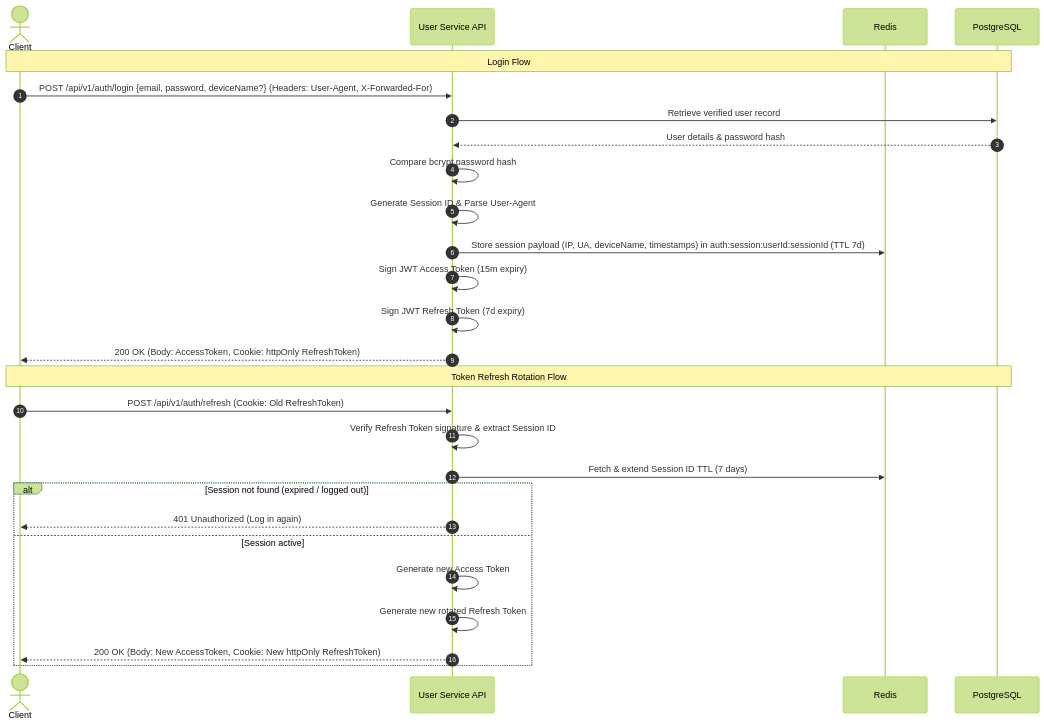
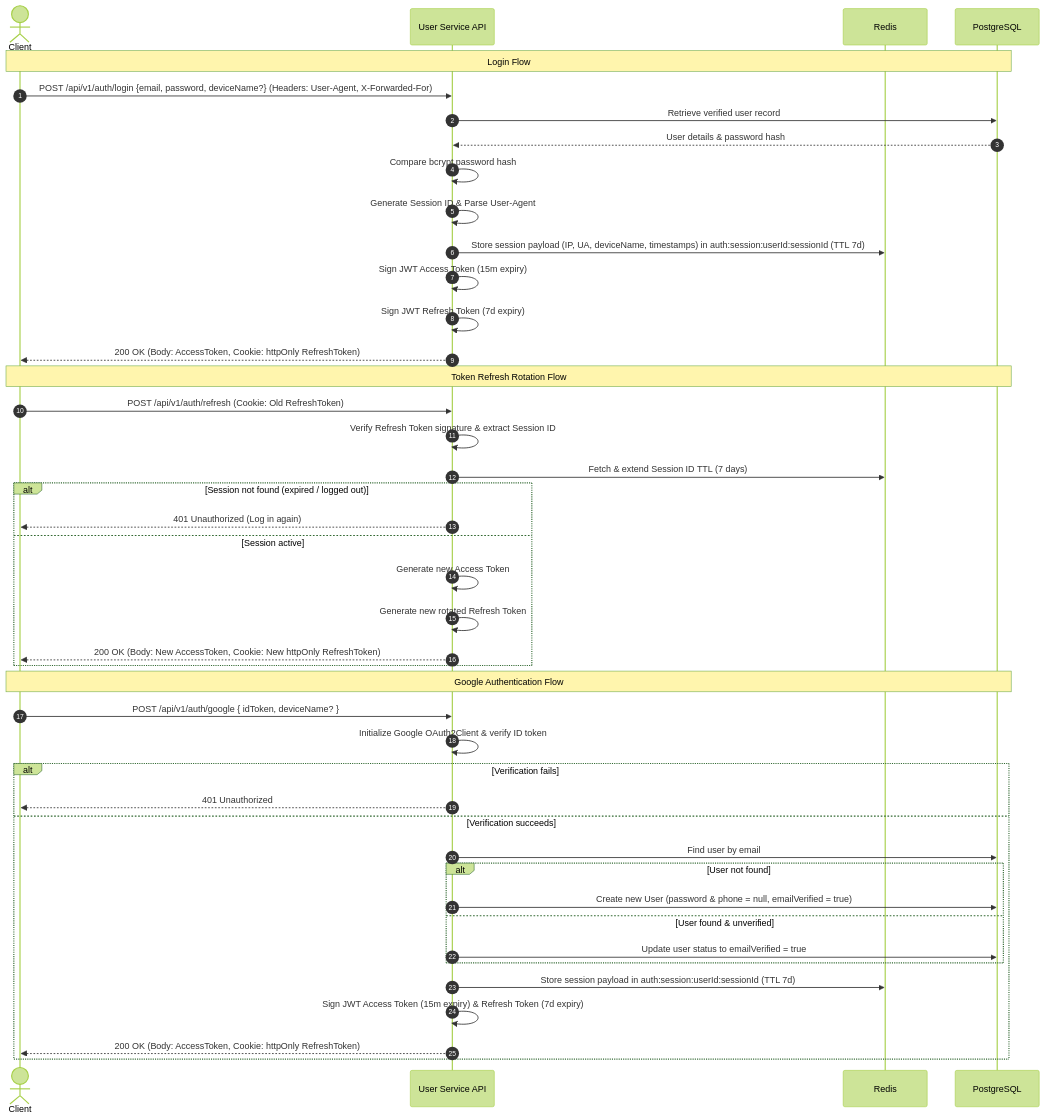
Before and after one commit to anwarbuilds1/irctc-microservices: the third of 3 diagrams in services/user-service/README.md, drawn with Mermaid (forest theme). The commit also changed other lines of this file and 10 other files, not shown here.

Commit message:
feat: implement Google OAuth2 authentication flow and update User schema to support passwordless registration

````diff
--- a/services/user-service/README.md
+++ b/services/user-service/README.md
@@ -110,33 +111,51 @@
 ```mermaid
 sequenceDiagram
     autonumber
     actor Client
     participant API as User Service API
     participant Cache as Redis
     participant DB as PostgreSQL
 
     %% Login Flow
     Note over Client, DB: Login Flow
     Client->>API: POST /api/v1/auth/login {email, password, deviceName?} (Headers: User-Agent, X-Forwarded-For)
     API->>DB: Retrieve verified user record
     DB-->>API: User details & password hash
     API->>API: Compare bcrypt password hash
     API->>API: Generate Session ID & Parse User-Agent
     API->>Cache: Store session payload (IP, UA, deviceName, timestamps) in auth:session:userId:sessionId (TTL 7d)
     API->>API: Sign JWT Access Token (15m expiry)
     API->>API: Sign JWT Refresh Token (7d expiry)
     API-->>Client: 200 OK (Body: AccessToken, Cookie: httpOnly RefreshToken)
 
     %% Token Refresh Rotation Flow
     Note over Client, DB: Token Refresh Rotation Flow
     Client->>API: POST /api/v1/auth/refresh (Cookie: Old RefreshToken)
     API->>API: Verify Refresh Token signature & extract Session ID
     API->>Cache: Fetch & extend Session ID TTL (7 days)
     alt Session not found (expired / logged out)
         API-->>Client: 401 Unauthorized (Log in again)
     else Session active
         API->>API: Generate new Access Token
         API->>API: Generate new rotated Refresh Token
         API-->>Client: 200 OK (Body: New AccessToken, Cookie: New httpOnly RefreshToken)
     end
+
+    %% Google Authentication Flow
+    Note over Client, DB: Google Authentication Flow
+    Client->>API: POST /api/v1/auth/google { idToken, deviceName? }
+    API->>API: Initialize Google OAuth2Client & verify ID token
+    alt Verification fails
+        API-->>Client: 401 Unauthorized
+    else Verification succeeds
+        API->>DB: Find user by email
+        alt User not found
+            API->>DB: Create new User (password & phone = null, emailVerified = true)
+        else User found & unverified
+            API->>DB: Update user status to emailVerified = true
+        end
+        API->>Cache: Store session payload in auth:session:userId:sessionId (TTL 7d)
+        API->>API: Sign JWT Access Token (15m expiry) & Refresh Token (7d expiry)
+        API-->>Client: 200 OK (Body: AccessToken, Cookie: httpOnly RefreshToken)
+    end
 ```
````
